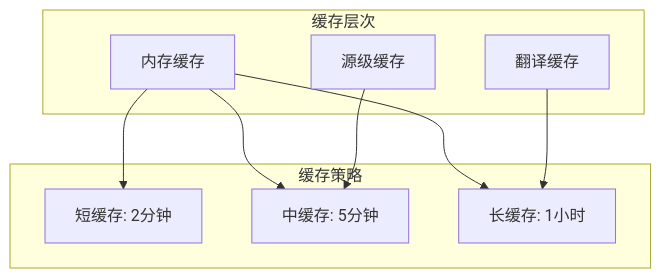
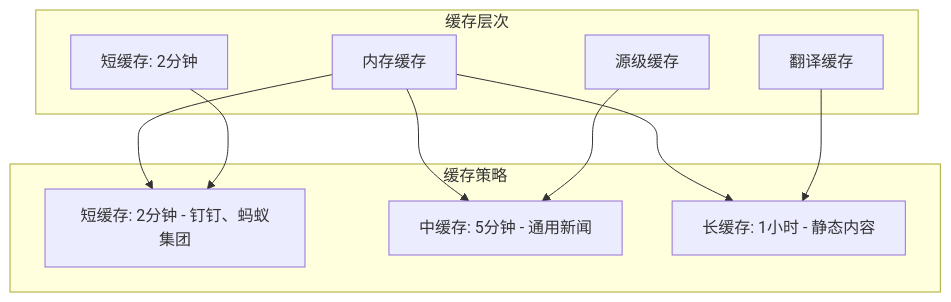
Before and after one commit to zuozuoliu740-cmd/xianxiong-news: the seventh of 15 diagrams in .qoder/repowiki/zh/content/核心功能模块/新闻数据获取系统.md, drawn with Mermaid. The commit also changed other lines of this file and 27 other files, not shown here.

Commit message:
feat: 新增AI实验室模块 - AI爆品替换工作台(视频替换/商品详情生成/图生视频/英文配音)、我的视频管理、首页入口卡片

````diff
--- a/.qoder/repowiki/zh/content/核心功能模块/新闻数据获取系统.md
+++ b/.qoder/repowiki/zh/content/核心功能模块/新闻数据获取系统.md
@@ -382,18 +424,20 @@
 ```mermaid
 graph TB
 subgraph "缓存层次"
 MemoryCache[内存缓存]
 SourceCache[源级缓存]
 TranslateCache[翻译缓存]
+ShortCache[短缓存: 2分钟]
 end
 subgraph "缓存策略"
-ShortTTL[短缓存: 2分钟]
-MediumTTL[中缓存: 5分钟]
-LongTTL[长缓存: 1小时]
+ShortTTL[短缓存: 2分钟 - 钉钉、蚂蚁集团]
+MediumTTL[中缓存: 5分钟 - 通用新闻]
+LongTTL[长缓存: 1小时 - 静态内容]
 end
 MemoryCache --> ShortTTL
 MemoryCache --> MediumTTL
 MemoryCache --> LongTTL
 SourceCache --> MediumTTL
 TranslateCache --> LongTTL
+ShortCache --> ShortTTL
 ```
````
